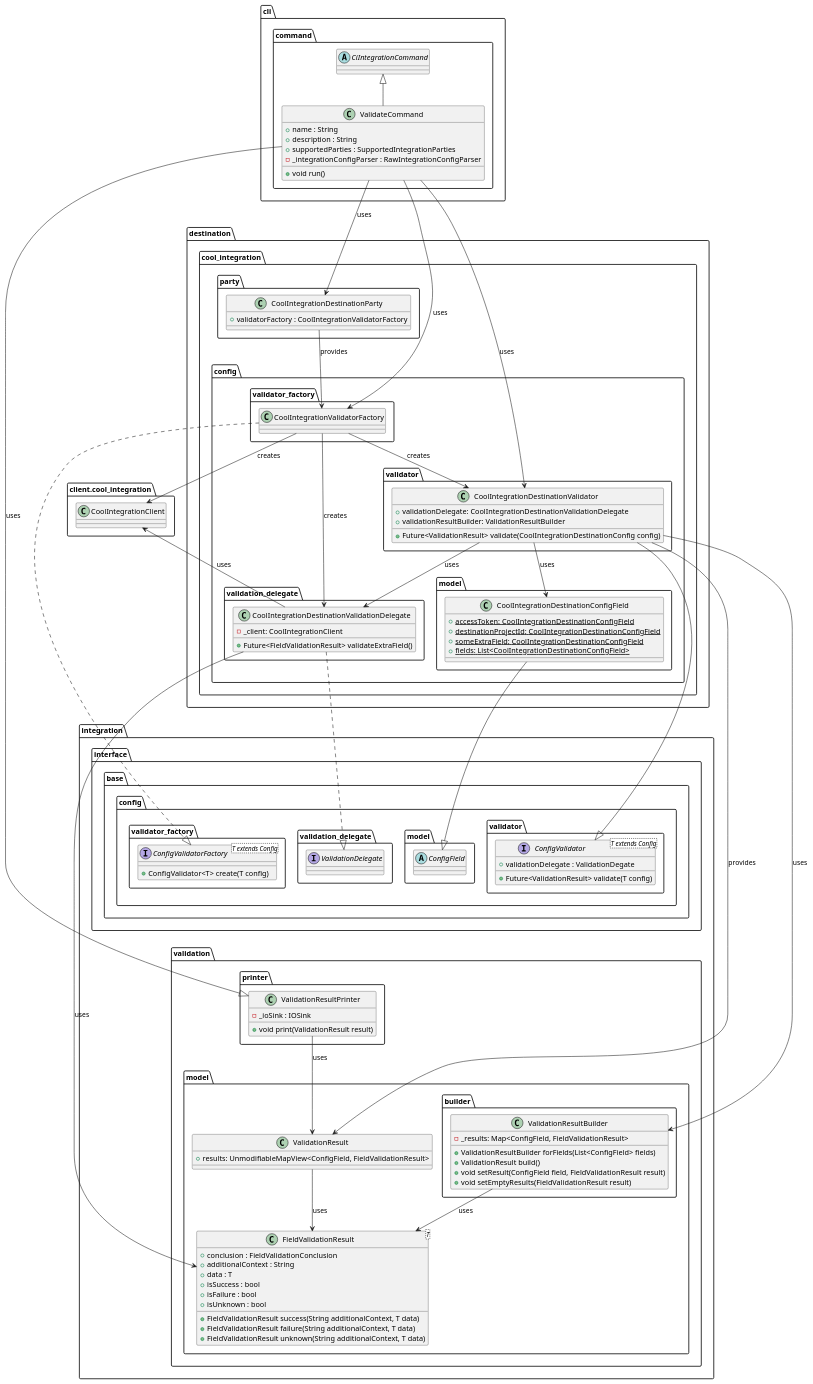
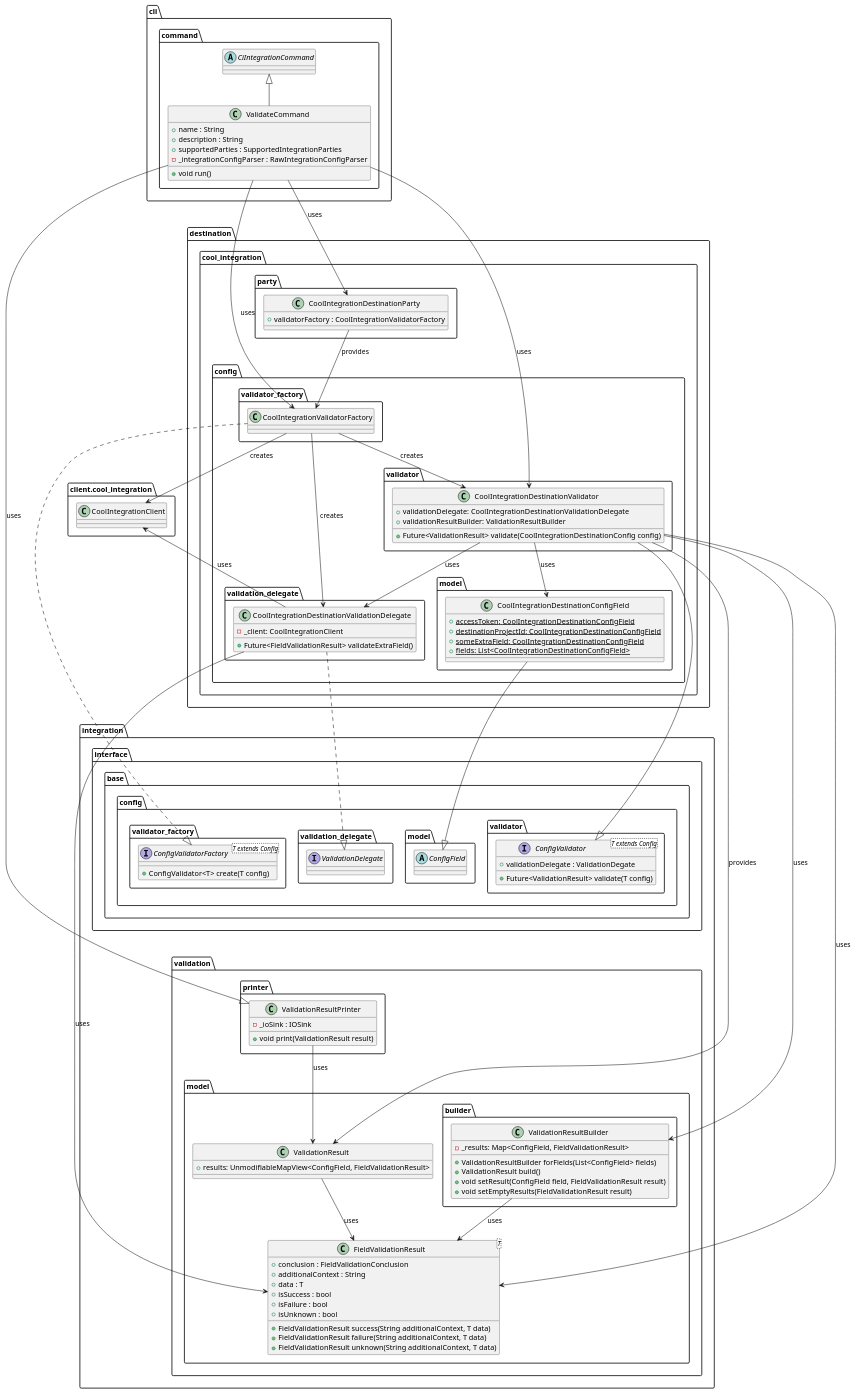
Before and after one commit to Flank/flank-dashboard: the diagram in metrics/ci_integrations/docs/diagrams/config_validator_destination_class_diagram.puml, drawn with PlantUML.

Commit message:
Fix relations

```diff
--- a/metrics/ci_integrations/docs/diagrams/config_validator_destination_class_diagram.puml
+++ b/metrics/ci_integrations/docs/diagrams/config_validator_destination_class_diagram.puml
@@ -1,166 +1,166 @@
 @startuml config_validator_destination_class_diagram
 
     package integration {
         package interface {
             package base.config {
                 package model as interface_model {
                     abstract class ConfigField {}
                 }
                 
                 package validator as base_validator {
                     interface ConfigValidator<T extends Config> {
                         + validationDelegate : ValidationDegate
 
                         + Future<ValidationResult> validate(T config)
                     }
                 }
 
                 package validator_factory as interface_factory {
                     interface ConfigValidatorFactory<T extends Config> {
                         + ConfigValidator<T> create(T config)
                     }
                 }
 
                 package validation_delegate as interface_delegate {
                     interface ValidationDelegate {}
                 }
             }
         }
         
         package validation as integration_validation {
             package printer as integration_validation_printer {
                 class ValidationResultPrinter {
                     - _ioSink : IOSink
 
                     + void print(ValidationResult result)
                 }
             }
 
             package model as validation_model{
                 package builder as validation_model_builder {
                     class ValidationResultBuilder {
                         - _results: Map<ConfigField, FieldValidationResult>
                         + ValidationResultBuilder forFields(List<ConfigField> fields)
                         + ValidationResult build()
                         + void setResult(ConfigField field, FieldValidationResult result)
                         + void setEmptyResults(FieldValidationResult result)
                     }
                 }
 
                 class ValidationResult {
                     + results: UnmodifiableMapView<ConfigField, FieldValidationResult>
                 }
 
                 class FieldValidationResult<T> {
                     + conclusion : FieldValidationConclusion
                     + additionalContext : String
                     + data : T
                     + isSuccess : bool
                     + isFailure : bool
                     + isUnknown : bool
                     
                     + FieldValidationResult success(String additionalContext, T data)
                     + FieldValidationResult failure(String additionalContext, T data)
                     + FieldValidationResult unknown(String additionalContext, T data)
                 }
             }
         }
     }
 
     package destination.cool_integration {
 
         package party as destination_party {
             class CoolIntegrationDestinationParty {
                 + validatorFactory : CoolIntegrationValidatorFactory
             }
         }
 
         package config as cool_integration_config {
             package validator as cool_integration_validator {
                 class CoolIntegrationDestinationValidator {
                     + validationDelegate: CoolIntegrationDestinationValidationDelegate
                     + validationResultBuilder: ValidationResultBuilder
 
                     + Future<ValidationResult> validate(CoolIntegrationDestinationConfig config)
                 }
             }
 
             package validator_factory as cool_integration_validator_factory {
                 class CoolIntegrationValidatorFactory {}
             }
 
             package validation_delegate as cool_integration_validation_delegate {
                 class CoolIntegrationDestinationValidationDelegate {
                     - _client: CoolIntegrationClient
 
                     + Future<FieldValidationResult> validateExtraField()
                 }
             }
 
             package model as destination_model {
                 class CoolIntegrationDestinationConfigField {
                     + {static} accessToken: CoolIntegrationDestinationConfigField
                     + {static} destinationProjectId: CoolIntegrationDestinationConfigField
                     + {static} someExtraField: CoolIntegrationDestinationConfigField
                     + {static} fields: List<CoolIntegrationDestinationConfigField>
                 }
             }
         }
     }
 
     package client.cool_integration as client_cool_integration {
         class CoolIntegrationClient {}
     }
 
     package cli {
         package command {
             abstract class CiIntegrationCommand {}
 
             class ValidateCommand {
                 + name : String
                 + description : String
                 + supportedParties : SupportedIntegrationParties
                 - _integrationConfigParser : RawIntegrationConfigParser
 
                 + void run()
             }
         }
     }
 
     CoolIntegrationDestinationValidator --> CoolIntegrationDestinationValidationDelegate : uses
     CoolIntegrationDestinationValidationDelegate --> CoolIntegrationClient : uses
 
     CoolIntegrationValidatorFactory --> CoolIntegrationDestinationValidator : creates
     CoolIntegrationValidatorFactory --> CoolIntegrationClient : creates
     CoolIntegrationValidatorFactory --> CoolIntegrationDestinationValidationDelegate : creates
 
     ValidateCommand -up-|> CiIntegrationCommand
     ValidateCommand --|> ValidationResultPrinter : uses
 
     ValidateCommand --> CoolIntegrationDestinationValidator : uses
     ValidateCommand --> CoolIntegrationValidatorFactory : uses
     ValidateCommand --> CoolIntegrationDestinationParty : uses
 
     CoolIntegrationDestinationParty --> CoolIntegrationValidatorFactory : provides
 
     CoolIntegrationDestinationValidationDelegate ..|> ValidationDelegate
     CoolIntegrationDestinationValidationDelegate --> FieldValidationResult : uses
 
     CoolIntegrationDestinationConfigField --|> ConfigField
 
     CoolIntegrationDestinationValidator --|> ConfigValidator
     CoolIntegrationDestinationValidator --> CoolIntegrationDestinationConfigField : uses
     CoolIntegrationDestinationValidator --> ValidationResult : provides
     CoolIntegrationDestinationValidator --> ValidationResultBuilder : uses
-'    CoolIntegrationDestinationValidator --> FieldValidationResult : uses
+    CoolIntegrationDestinationValidator --> FieldValidationResult : uses
 
     ValidationResultPrinter --> ValidationResult : uses
     ValidationResult --> FieldValidationResult : uses
     ValidationResultBuilder --> FieldValidationResult : uses
 
     CoolIntegrationValidatorFactory ..|> ConfigValidatorFactory
 
     CoolIntegrationClient -[hidden]-> CoolIntegrationDestinationValidationDelegate
 
     ConfigField -[hidden]-> ValidationResultPrinter
 @enduml
```
